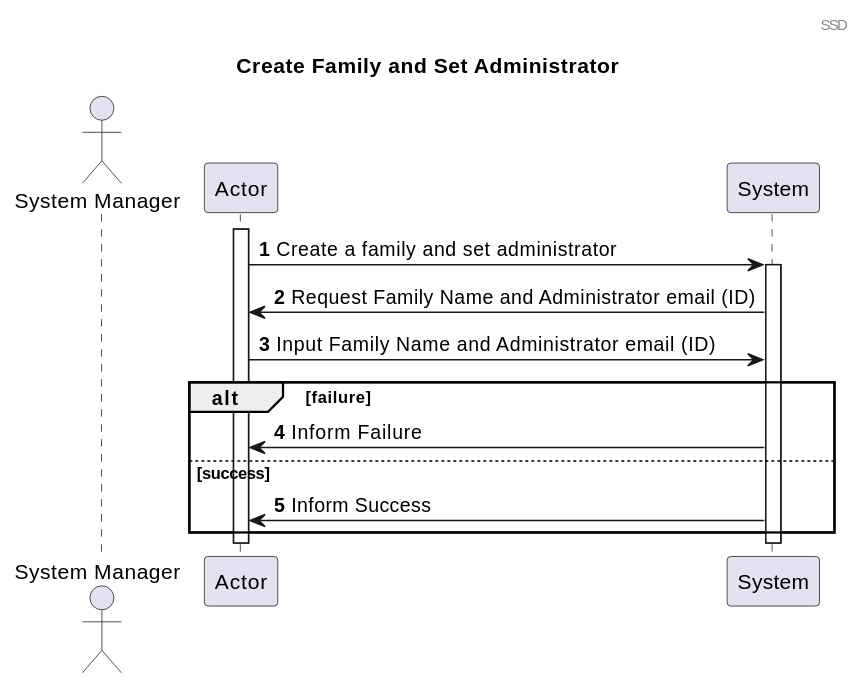
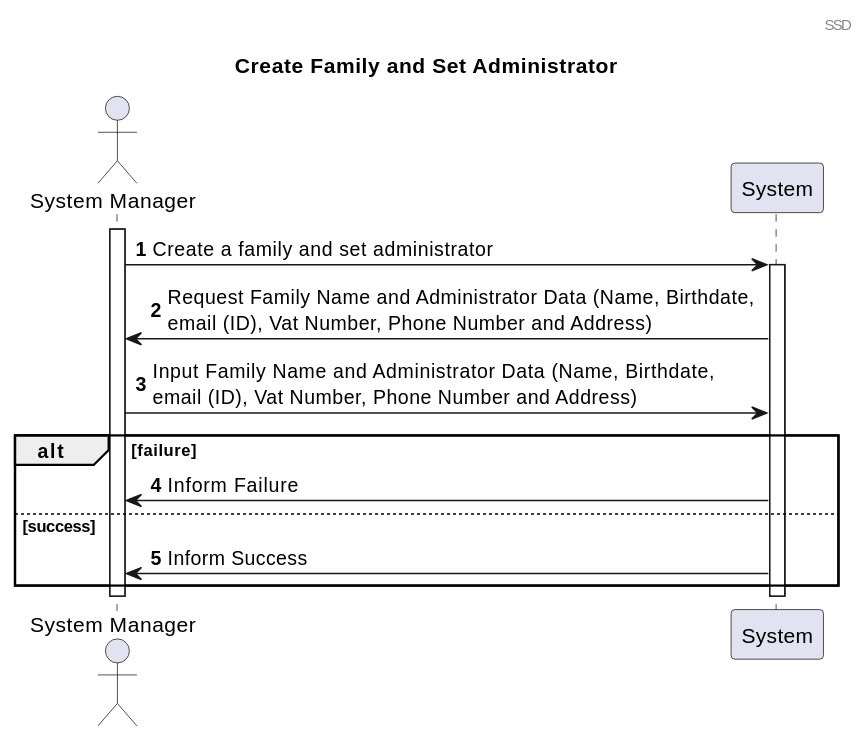
Before and after one commit to tomas-osswald/switch_2020_g3: the first of 4 diagrams in docs/sprint3/user_stories/US010_CreateAFamilyAndSetAdministrator.md, drawn with PlantUML. The commit also changed other lines of this file and 1 other file, not shown here.

````diff
--- a/docs/sprint3/user_stories/US010_CreateAFamilyAndSetAdministrator.md
+++ b/docs/sprint3/user_stories/US010_CreateAFamilyAndSetAdministrator.md
@@ -9,23 +9,22 @@
 ```plantuml
 @startuml
 
 header SSD
 title Create Family and Set Administrator
 autonumber
-actor "System Manager" as Manager
-participant "Actor" as Actor
+actor "System Manager" as Actor
 participant "System" as System
 activate Actor
 Actor -> System : Create a family and set administrator
 activate System
-System -> Actor : Request Family Name and Administrator email (ID)
-Actor -> System : Input Family Name and Administrator email (ID)
+System -> Actor : Request Family Name and Administrator Data (Name, Birthdate, \nemail (ID), Vat Number, Phone Number and Address)  
+Actor -> System : Input Family Name and Administrator Data (Name, Birthdate, \nemail (ID), Vat Number, Phone Number and Address)
 alt failure
 System -> Actor : Inform Failure
 else success 
 System -> Actor : Inform Success
 end
 deactivate System
 deactivate Actor
 @enduml
 ```
````
